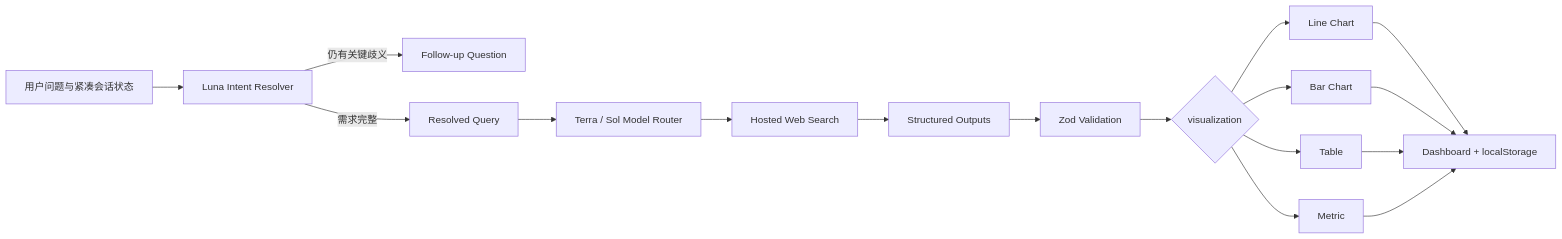
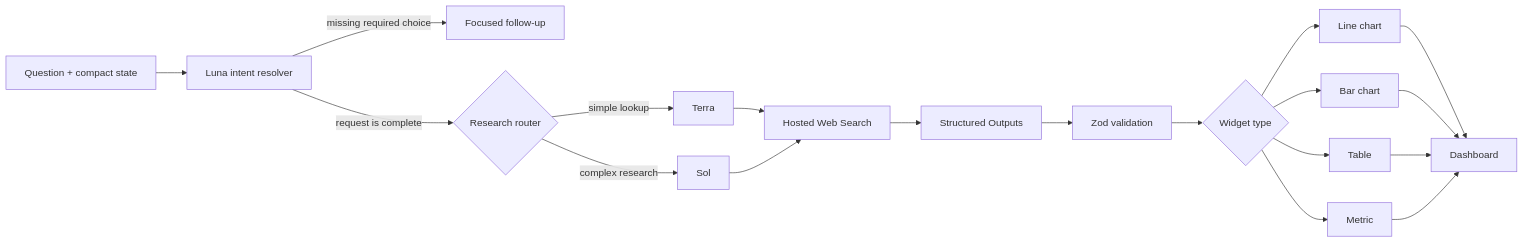
Before and after one commit to weifanwu/polaris: the diagram in README.md, drawn with Mermaid. The commit also changed other lines of this file and 1 other file, not shown here.

````diff
--- a/README.md
+++ b/README.md
@@ -97,19 +111,21 @@
 ```mermaid
 flowchart LR
-    U["用户问题与紧凑会话状态"] --> I["Luna Intent Resolver"]
-    I -->|"仍有关键歧义"| Q["Follow-up Question"]
-    I -->|"需求完整"| R["Resolved Query"]
-    R --> O["Terra / Sol Model Router"]
-    O --> W["Hosted Web Search"]
-    W --> S["Structured Outputs"]
-    S --> Z["Zod Validation"]
-    Z --> V{"visualization"}
-    V --> L["Line Chart"]
-    V --> B["Bar Chart"]
-    V --> T["Table"]
+    U["Question + compact state"] --> I["Luna intent resolver"]
+    I -->|"missing required choice"| Q["Focused follow-up"]
+    I -->|"request is complete"| R{"Research router"}
+    R -->|"simple lookup"| T["Terra"]
+    R -->|"complex research"| S["Sol"]
+    T --> W["Hosted Web Search"]
+    S --> W
+    W --> O["Structured Outputs"]
+    O --> Z["Zod validation"]
+    Z --> V{"Widget type"}
+    V --> L["Line chart"]
+    V --> B["Bar chart"]
+    V --> A["Table"]
     V --> M["Metric"]
-    L --> D["Dashboard + localStorage"]
+    L --> D["Dashboard"]
     B --> D
-    T --> D
+    A --> D
     M --> D
 ```
````
